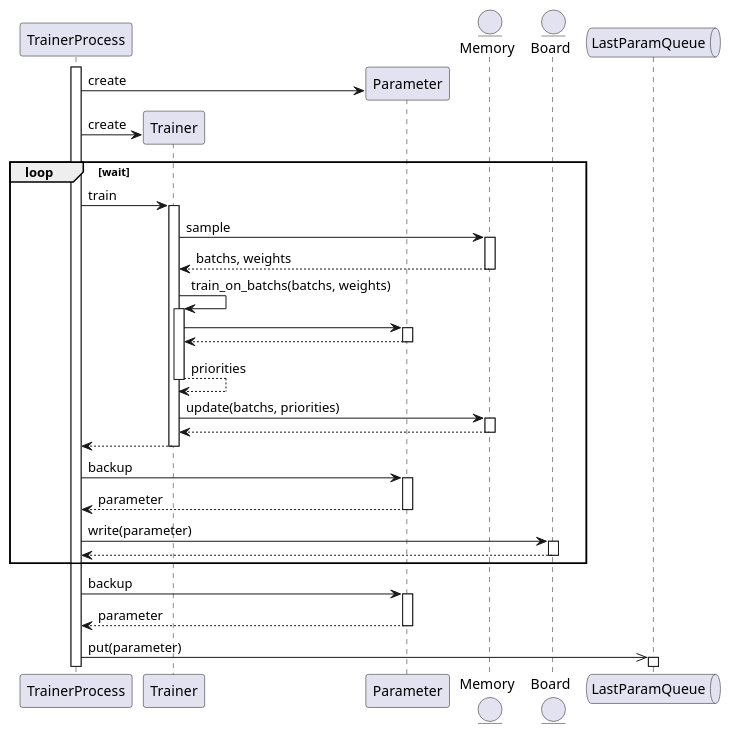
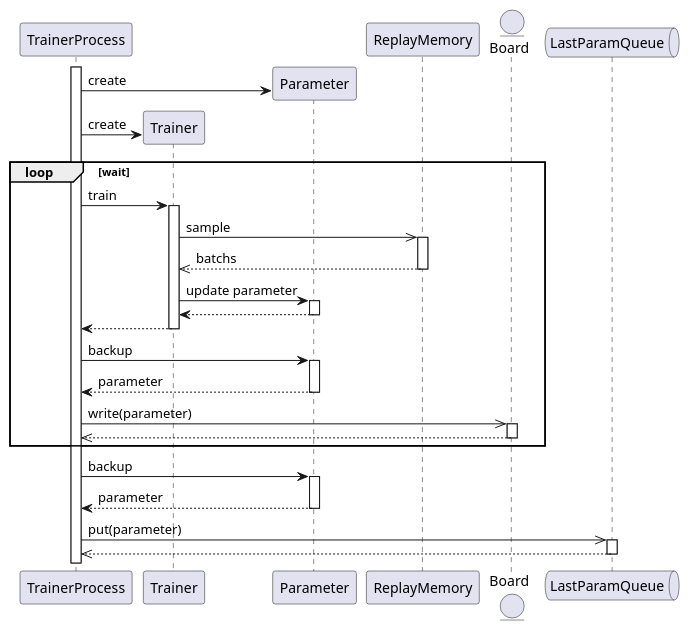
The diagram in diagrams/runner_mp_flow_trainer.pu (pocokhc/simple_distributed_rl), drawn with PlantUML before and after one commit. The commit also changed 47 other files, not shown here.

```diff
--- a/diagrams/runner_mp_flow_trainer.pu
+++ b/diagrams/runner_mp_flow_trainer.pu
@@ -1,39 +1,37 @@
 @startuml
 autoactivate on
 
 participant TrainerProcess
 participant Trainer
 participant Parameter
-entity Memory
+participant ReplayMemory
 entity Board
 queue LastParamQueue
 
 
 activate TrainerProcess
 TrainerProcess -> Parameter ** : create
 TrainerProcess -> Trainer ** : create
 loop wait
 
     TrainerProcess -> Trainer: train
-        Trainer -> Memory: sample
-        return batchs, weights
-        Trainer -> Trainer: train_on_batchs(batchs, weights)
-            Trainer -> Parameter: 
-            return
-        return priorities
-        Trainer -> Memory: update(batchs, priorities)
+        Trainer ->> ReplayMemory: sample
+        return batchs
+
+        Trainer -> Parameter: update parameter
         return
     return
 
     TrainerProcess -> Parameter: backup
     return parameter
-    TrainerProcess -> Board: write(parameter)
+    TrainerProcess ->> Board: write(parameter)
     return
 
 end
 
 TrainerProcess -> Parameter: backup
 return parameter
 TrainerProcess ->> LastParamQueue: put(parameter)
+return
 
 @enduml
```
